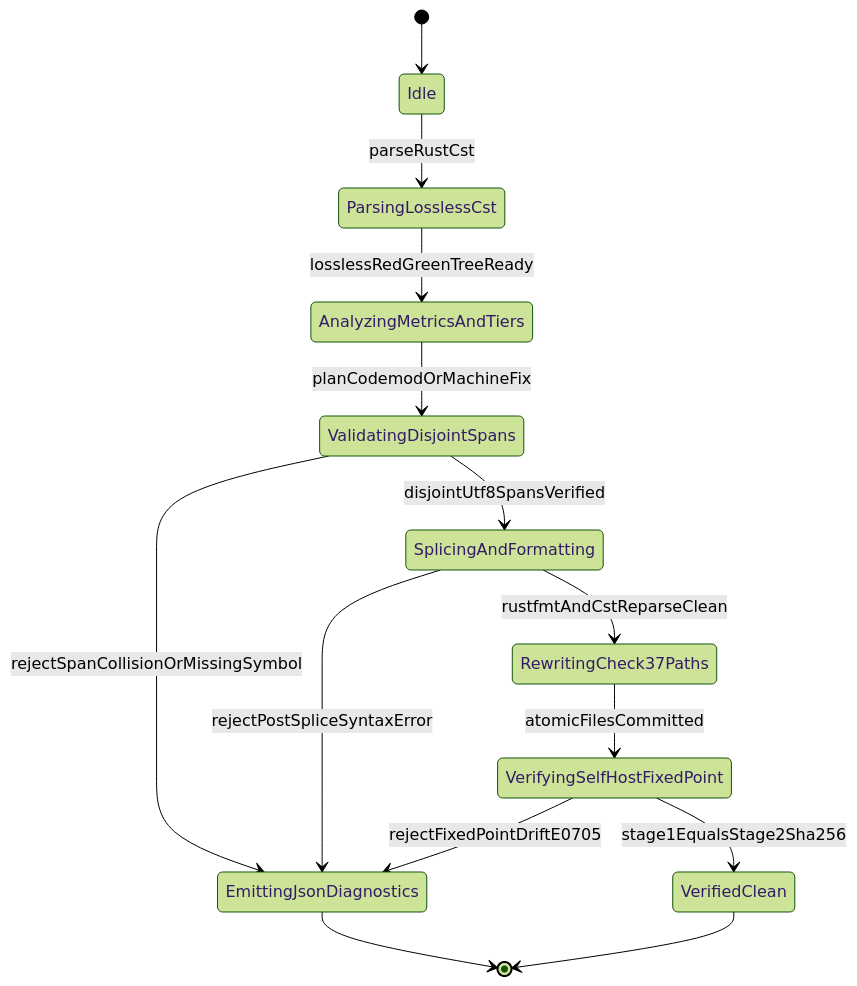
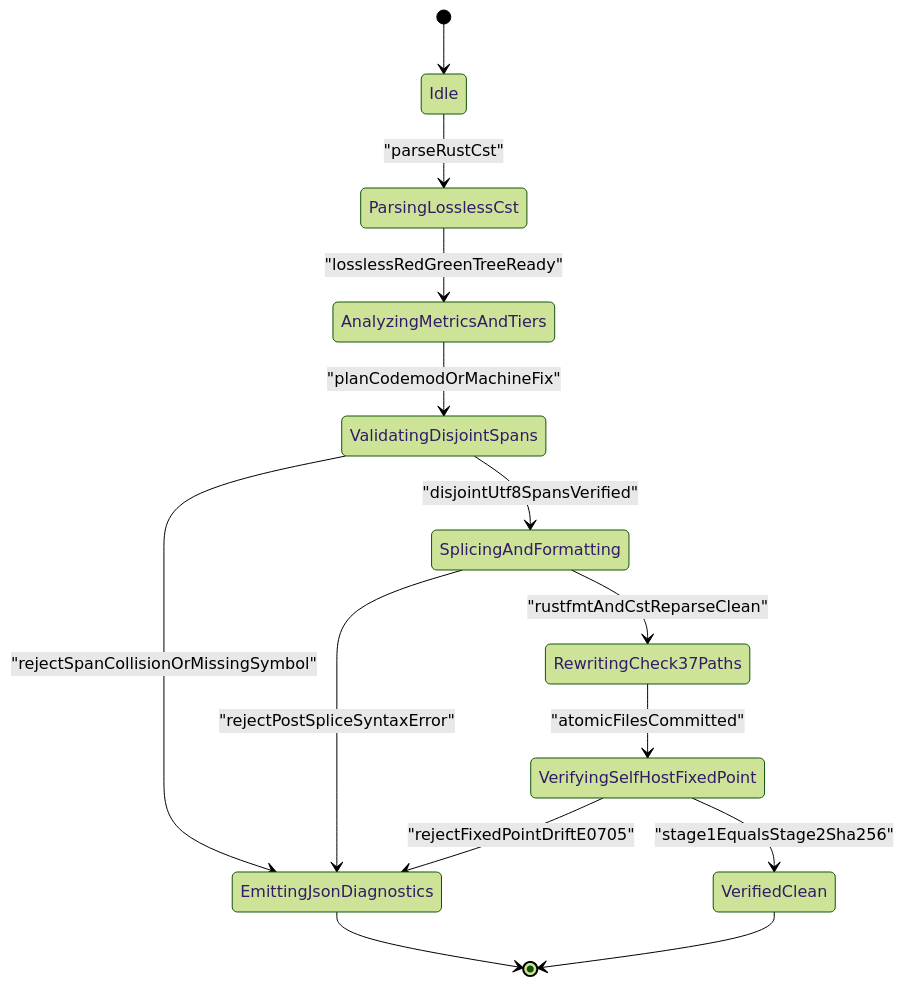
Before and after one commit to gintatkinson/DEAP01-spec-core: the fifth of 5 diagrams in .pipeline/upstream/docs/epics/EPIC-08-BP_08_Lossless_Rust_CST_Codemod_Engine_and_Unified_rustc_Compatible_JSON_Diagnostics.md, drawn with Mermaid (forest theme). The commit also changed other lines of this file and 3 other files, not shown here.

````diff
--- a/.pipeline/upstream/docs/epics/EPIC-08-BP_08_Lossless_Rust_CST_Codemod_Engine_and_Unified_rustc_Compatible_JSON_Diagnostics.md
+++ b/.pipeline/upstream/docs/epics/EPIC-08-BP_08_Lossless_Rust_CST_Codemod_Engine_and_Unified_rustc_Compatible_JSON_Diagnostics.md
@@ -110,16 +246,16 @@
 ```mermaid
 stateDiagram-v2
     [*] --> Idle
-    Idle --> ParsingLosslessCst : parseRustCst
-    ParsingLosslessCst --> AnalyzingMetricsAndTiers : losslessRedGreenTreeReady
-    AnalyzingMetricsAndTiers --> ValidatingDisjointSpans : planCodemodOrMachineFix
-    ValidatingDisjointSpans --> EmittingJsonDiagnostics : rejectSpanCollisionOrMissingSymbol
-    ValidatingDisjointSpans --> SplicingAndFormatting : disjointUtf8SpansVerified
-    SplicingAndFormatting --> EmittingJsonDiagnostics : rejectPostSpliceSyntaxError
-    SplicingAndFormatting --> RewritingCheck37Paths : rustfmtAndCstReparseClean
-    RewritingCheck37Paths --> VerifyingSelfHostFixedPoint : atomicFilesCommitted
-    VerifyingSelfHostFixedPoint --> EmittingJsonDiagnostics : rejectFixedPointDriftE0705
-    VerifyingSelfHostFixedPoint --> VerifiedClean : stage1EqualsStage2Sha256
+    Idle --> ParsingLosslessCst : "parseRustCst"
+    ParsingLosslessCst --> AnalyzingMetricsAndTiers : "losslessRedGreenTreeReady"
+    AnalyzingMetricsAndTiers --> ValidatingDisjointSpans : "planCodemodOrMachineFix"
+    ValidatingDisjointSpans --> EmittingJsonDiagnostics : "rejectSpanCollisionOrMissingSymbol"
+    ValidatingDisjointSpans --> SplicingAndFormatting : "disjointUtf8SpansVerified"
+    SplicingAndFormatting --> EmittingJsonDiagnostics : "rejectPostSpliceSyntaxError"
+    SplicingAndFormatting --> RewritingCheck37Paths : "rustfmtAndCstReparseClean"
+    RewritingCheck37Paths --> VerifyingSelfHostFixedPoint : "atomicFilesCommitted"
+    VerifyingSelfHostFixedPoint --> EmittingJsonDiagnostics : "rejectFixedPointDriftE0705"
+    VerifyingSelfHostFixedPoint --> VerifiedClean : "stage1EqualsStage2Sha256"
     EmittingJsonDiagnostics --> [*]
     VerifiedClean --> [*]
 ```
````
